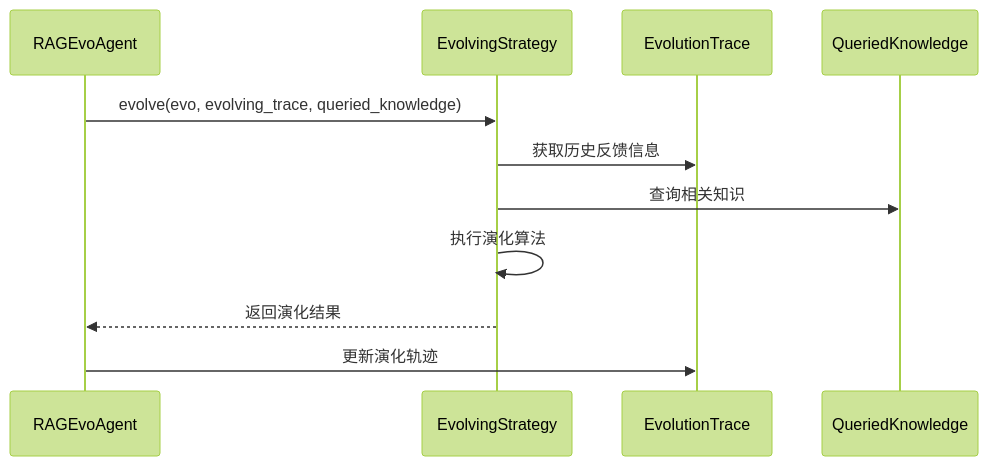
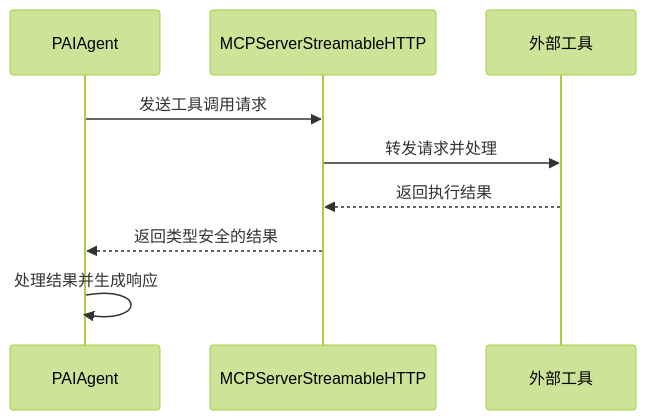
One commit to afanty2021/RD-Agent changed the fourth of 10 diagrams in .qoder/repowiki/zh/content/核心概念/演化代理/代理架构.md. Above: the diagram before and after it, drawn with Mermaid (forest theme). The commit also changed other lines of this file and 5 other files, not shown here.

````diff
--- a/.qoder/repowiki/zh/content/核心概念/演化代理/代理架构.md
+++ b/.qoder/repowiki/zh/content/核心概念/演化代理/代理架构.md
@@ -192,13 +167,11 @@
 ```mermaid
 sequenceDiagram
-participant Agent as RAGEvoAgent
-participant Strategy as EvolvingStrategy
-participant Trace as EvolutionTrace
-participant Knowledge as QueriedKnowledge
-Agent->>Strategy : evolve(evo, evolving_trace, queried_knowledge)
-Strategy->>Trace : 获取历史反馈信息
-Strategy->>Knowledge : 查询相关知识
-Strategy->>Strategy : 执行演化算法
-Strategy-->>Agent : 返回演化结果
-Agent->>Trace : 更新演化轨迹
+participant Agent as PAIAgent
+participant MCP as MCPServerStreamableHTTP
+participant Tool as 外部工具
+Agent->>MCP : 发送工具调用请求
+MCP->>Tool : 转发请求并处理
+Tool-->>MCP : 返回执行结果
+MCP-->>Agent : 返回类型安全的结果
+Agent->>Agent : 处理结果并生成响应
 ```
````
